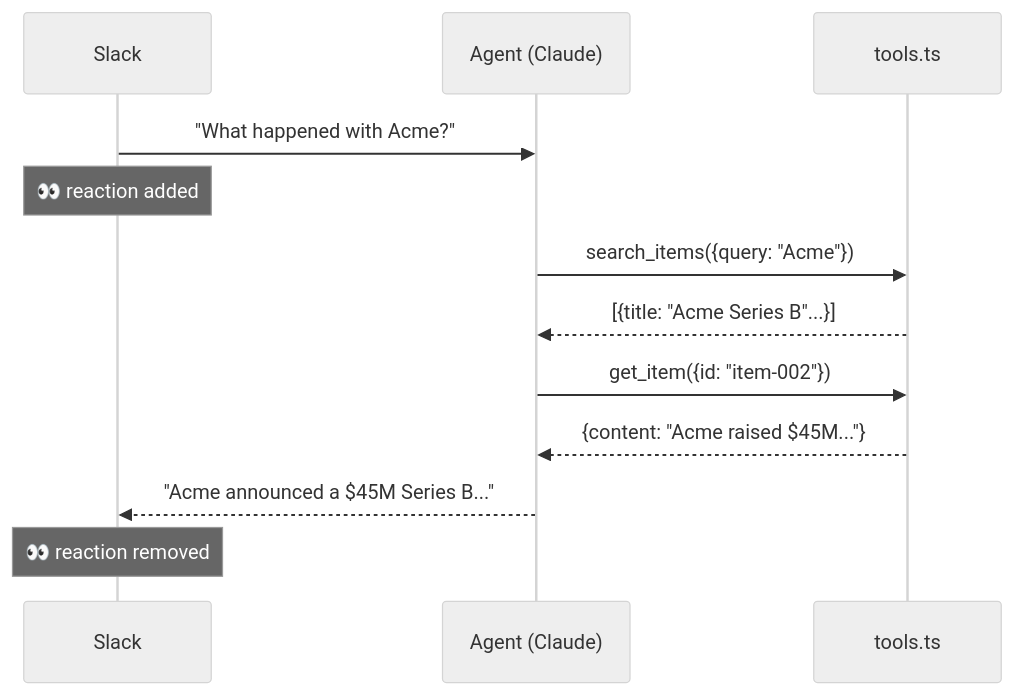
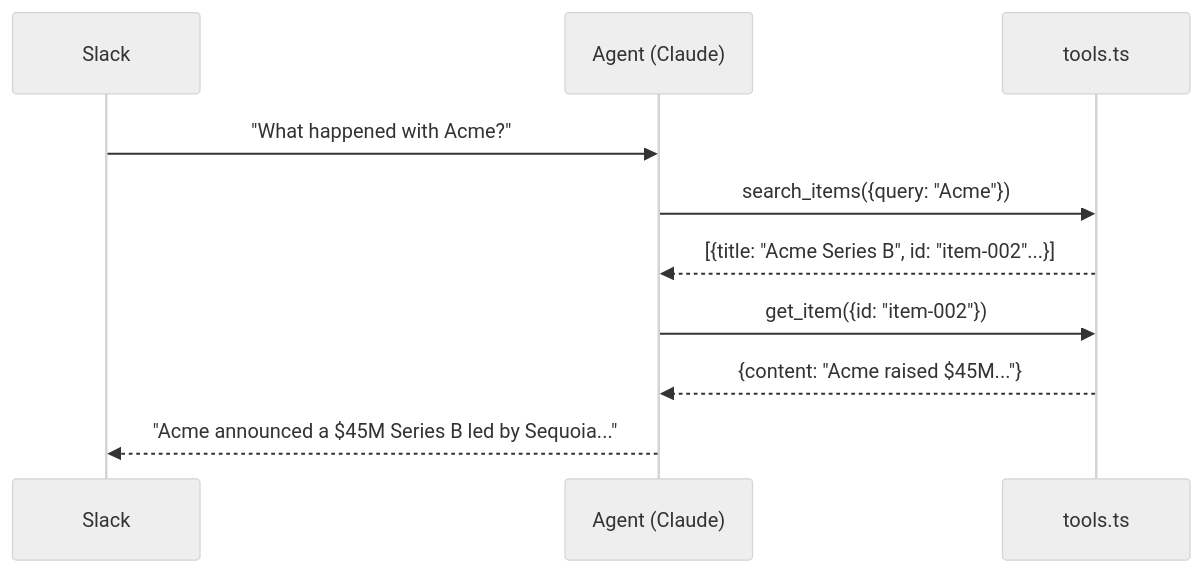
Before and after one commit to Mikeishiring/slackbot: the fourth of 8 diagrams in README.md, drawn with Mermaid (neutral theme). The commit also changed other lines of this file and 1 other file, not shown here.

````diff
--- a/README.md
+++ b/README.md
@@ -100,15 +180,13 @@
 ```mermaid
 sequenceDiagram
     participant S as Slack
     participant A as Agent (Claude)
     participant T as tools.ts
 
     S->>A: "What happened with Acme?"
-    Note over S: 👀 reaction added
     A->>T: search_items({query: "Acme"})
-    T-->>A: [{title: "Acme Series B"...}]
+    T-->>A: [{title: "Acme Series B", id: "item-002"...}]
     A->>T: get_item({id: "item-002"})
     T-->>A: {content: "Acme raised $45M..."}
-    A-->>S: "Acme announced a $45M Series B..."
-    Note over S: 👀 reaction removed
+    A-->>S: "Acme announced a $45M Series B led by Sequoia..."
 ```
````
